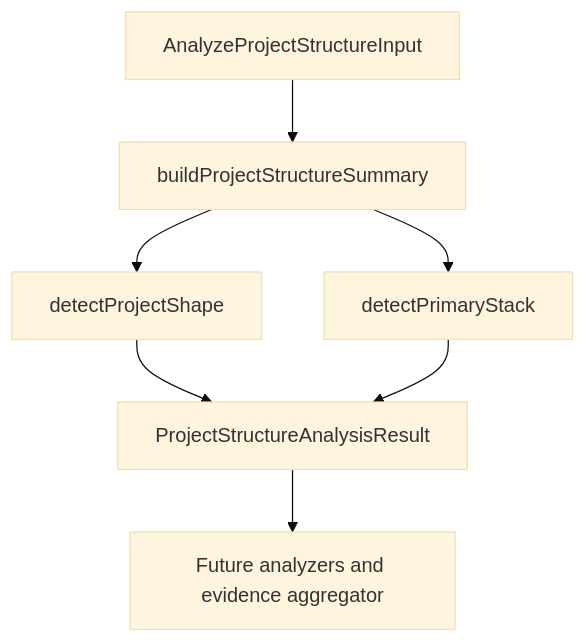
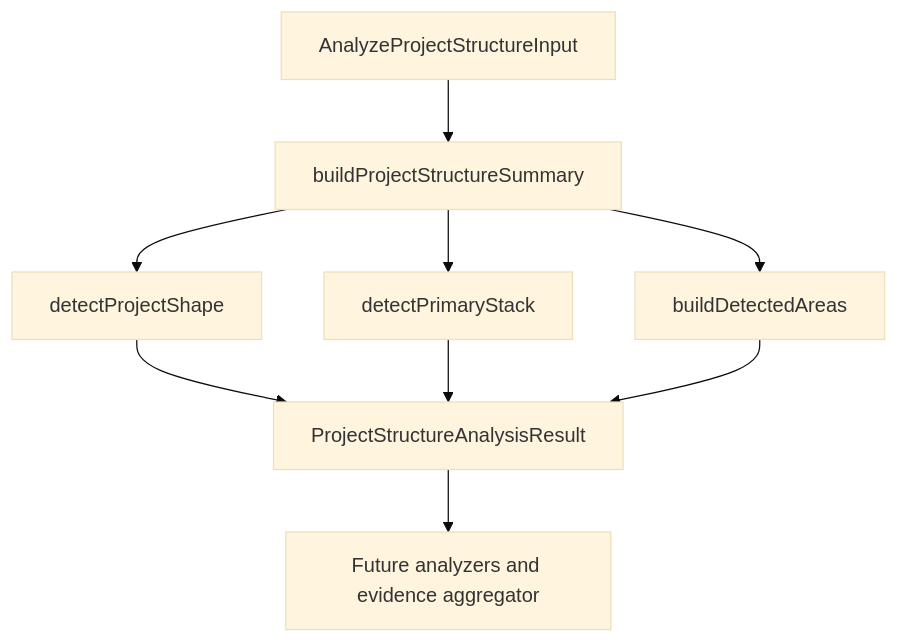
The second of 2 diagrams in docs/architecture/github-analysis.md (myusubov/tailorcv), drawn with Mermaid (base theme) before and after one commit. The commit also changed other lines of this file and 13 other files, not shown here.

````diff
--- a/docs/architecture/github-analysis.md
+++ b/docs/architecture/github-analysis.md
@@ -100,9 +105,11 @@
 ```mermaid
 flowchart TD
   Input[AnalyzeProjectStructureInput] --> Summary[buildProjectStructureSummary]
   Summary --> Shape[detectProjectShape]
   Summary --> Stack[detectPrimaryStack]
+  Summary --> Areas[buildDetectedAreas]
   Shape --> Result[ProjectStructureAnalysisResult]
   Stack --> Result
+  Areas --> Result
   Result --> Future[Future analyzers and evidence aggregator]
 ```
````
